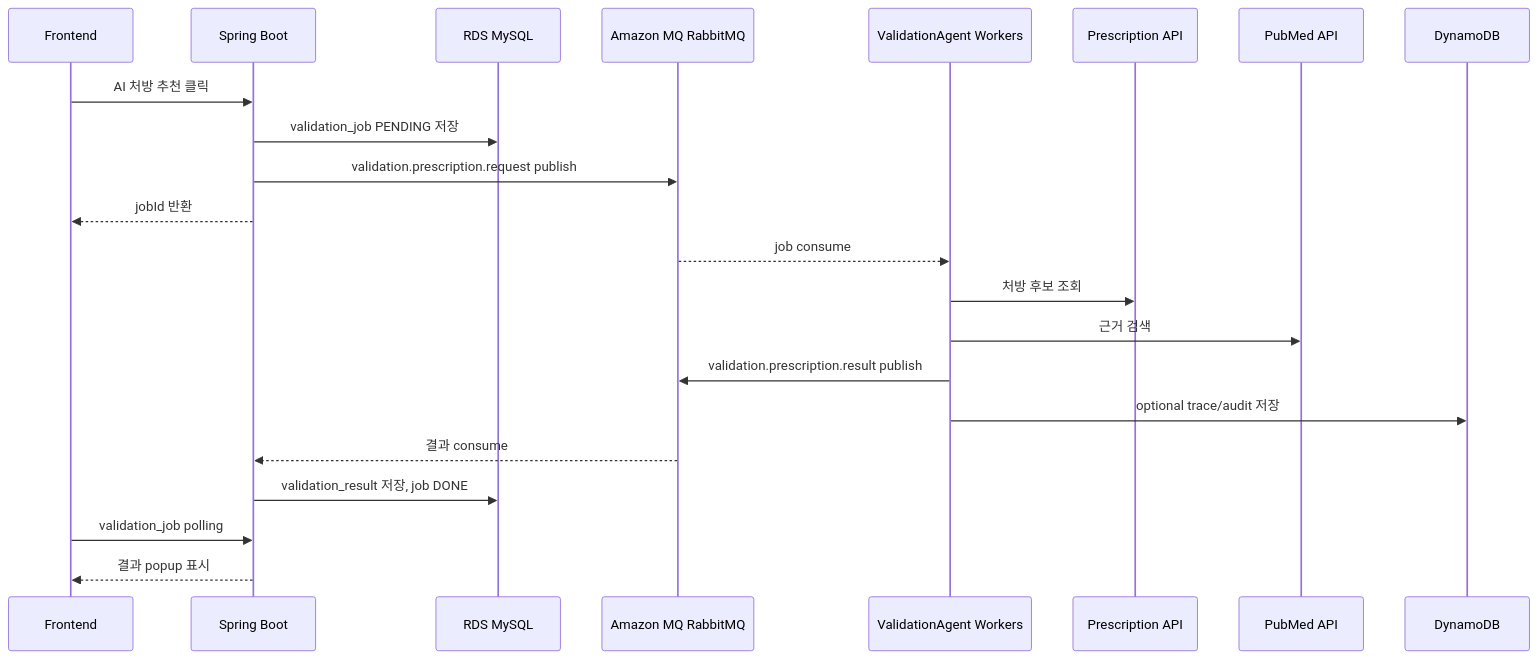
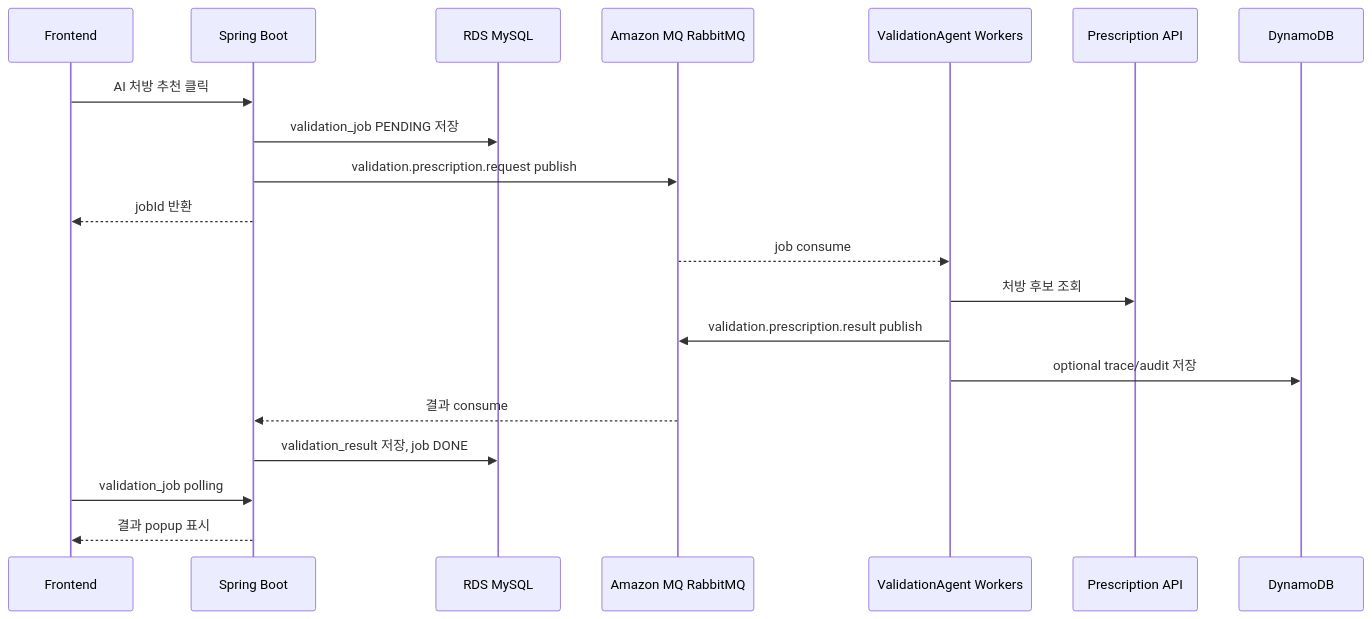
The third of 8 diagrams in Docs/AWS Architecture.md (kjbddo/bitcomputer-emr), drawn with Mermaid before and after one commit. The commit also changed other lines of this file and 7 other files, not shown here.

````diff
--- a/Docs/AWS Architecture.md
+++ b/Docs/AWS Architecture.md
@@ -133,27 +132,25 @@
 ```mermaid
 sequenceDiagram
   participant FE as Frontend
   participant WAS as Spring Boot
   participant RDS as RDS MySQL
   participant MQ as Amazon MQ RabbitMQ
   participant Val as ValidationAgent Workers
   participant Rx as Prescription API
-  participant PubMed as PubMed API
   participant DDB as DynamoDB
 
   FE->>WAS: AI 처방 추천 클릭
   WAS->>RDS: validation_job PENDING 저장
   WAS->>MQ: validation.prescription.request publish
   WAS-->>FE: jobId 반환
 
   MQ-->>Val: job consume
   Val->>Rx: 처방 후보 조회
-  Val->>PubMed: 근거 검색
   Val->>MQ: validation.prescription.result publish
   Val->>DDB: optional trace/audit 저장
 
   MQ-->>WAS: 결과 consume
   WAS->>RDS: validation_result 저장, job DONE
   FE->>WAS: validation_job polling
   WAS-->>FE: 결과 popup 표시
 ```
````
